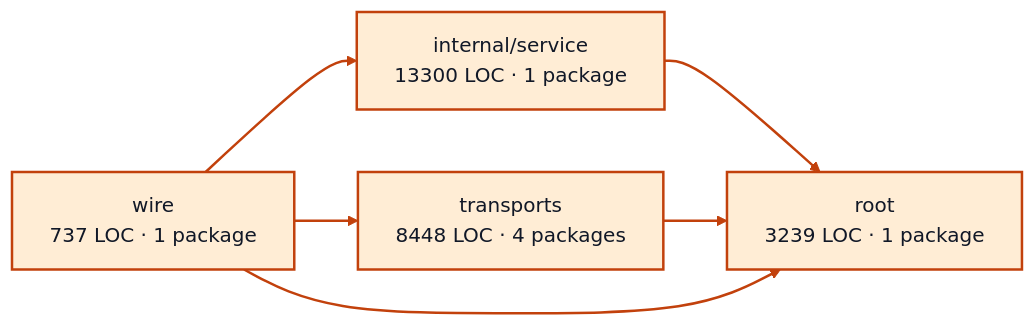
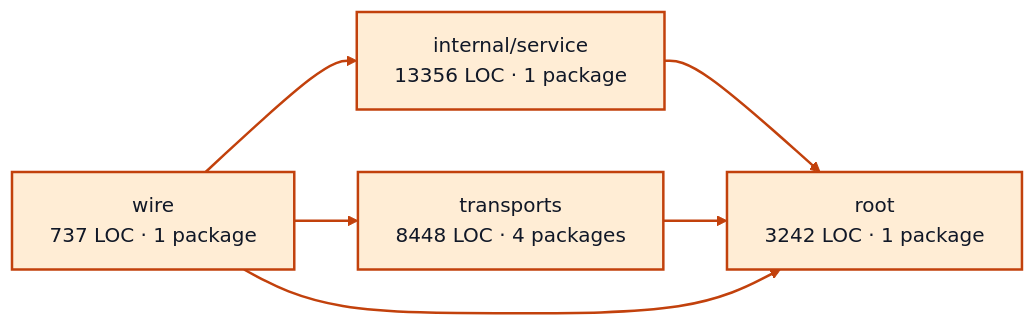
One commit to portpowered/you-agent-factory changed the diagram in docs/architecture/visualizations/services/worker_sessions.md. Above: the diagram before and after it, drawn with Mermaid (base theme). The commit also changed other lines of this file and 20 other files, not shown here.

Commit message:
docs: refresh backend architecture visualizations

````diff
--- a/docs/architecture/visualizations/services/worker_sessions.md
+++ b/docs/architecture/visualizations/services/worker_sessions.md
@@ -11,17 +11,17 @@
 ```mermaid
 flowchart LR
-  p0["internal/service<br/>13300 LOC · 1 package"]
-  p1["root<br/>3239 LOC · 1 package"]
+  p0["internal/service<br/>13356 LOC · 1 package"]
+  p1["root<br/>3242 LOC · 1 package"]
   p2["transports<br/>8448 LOC · 4 packages"]
   p3["wire<br/>737 LOC · 1 package"]
   p0 --> p1
   p2 --> p1
   p3 --> p0
   p3 --> p1
   p3 --> p2
   style p0 fill:#ffedd5,stroke:#c2410c,stroke-width:2px,color:#111827
   style p1 fill:#ffedd5,stroke:#c2410c,stroke-width:2px,color:#111827
   style p2 fill:#ffedd5,stroke:#c2410c,stroke-width:2px,color:#111827
   style p3 fill:#ffedd5,stroke:#c2410c,stroke-width:2px,color:#111827
   linkStyle default stroke:#c2410c,stroke-width:2px
 ```
````
